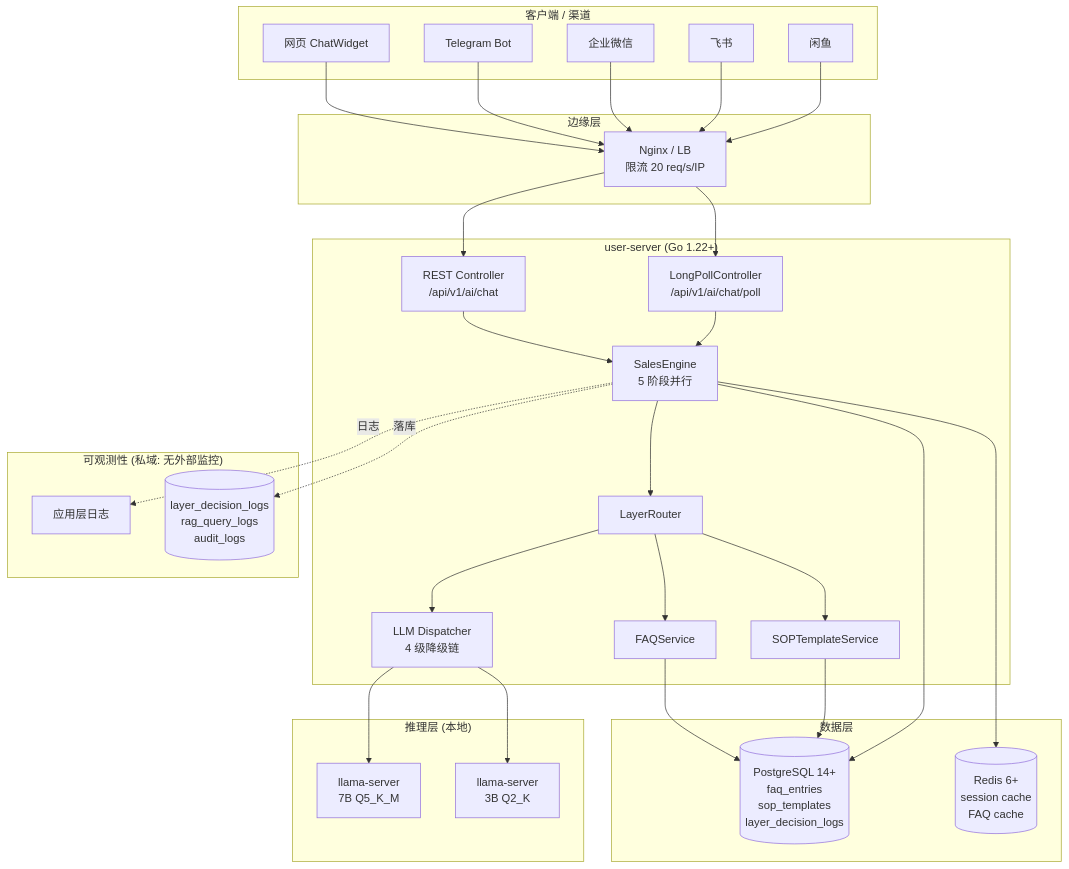
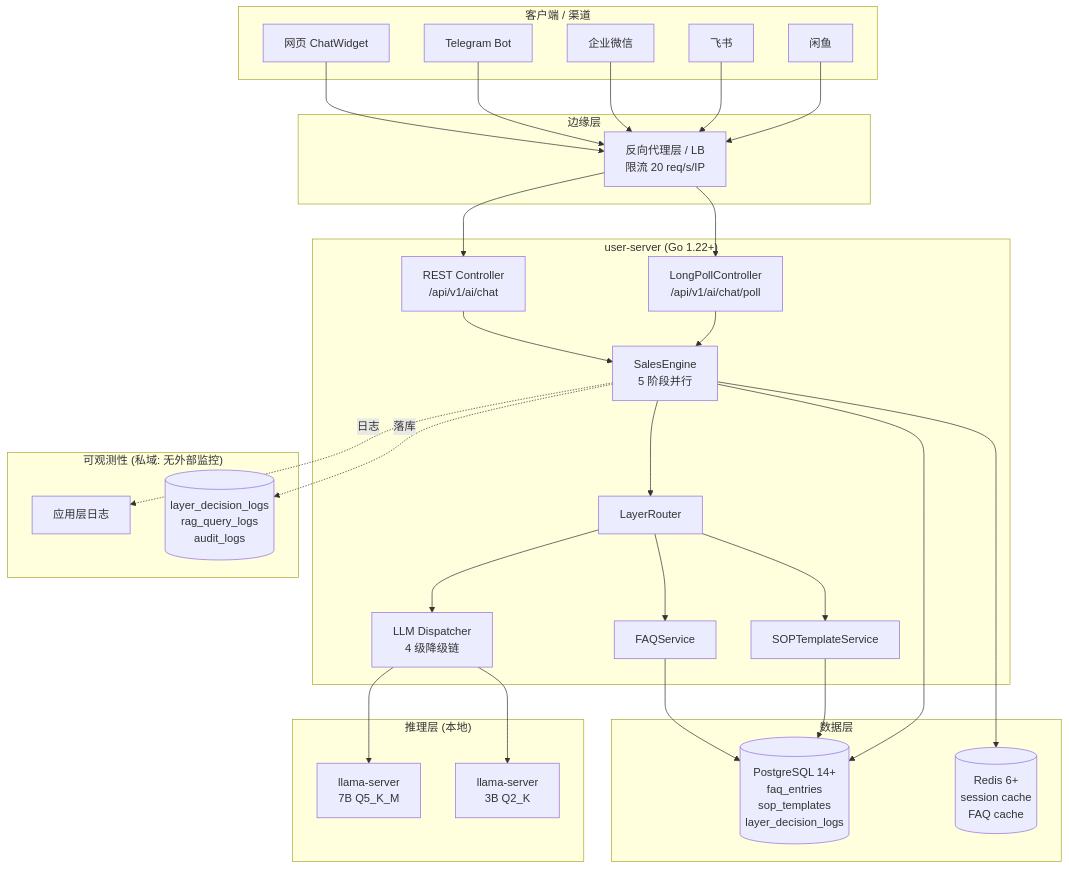
The diagram in docs/operations/AI_AGENT_PERF_DEPLOY.md (hivemtkbot/hivemtk), drawn with Mermaid before and after one commit. The commit also changed other lines of this file and 36 other files, not shown here.

````diff
--- a/docs/operations/AI_AGENT_PERF_DEPLOY.md
+++ b/docs/operations/AI_AGENT_PERF_DEPLOY.md
@@ -15,57 +15,57 @@
 ```mermaid
 graph TB
     subgraph Client["客户端 / 渠道"]
         W[网页 ChatWidget]
         TG[Telegram Bot]
         WC[企业微信]
         FS[飞书]
         XY[闲鱼]
     end
 
     subgraph Edge["边缘层"]
-        NGX[Nginx / LB<br/>限流 20 req/s/IP]
+        NGX[反向代理层 / LB<br/>限流 20 req/s/IP]
     end
 
     subgraph App["user-server (Go 1.22+)"]
         REST[REST Controller<br/>/api/v1/ai/chat]
         POLL[LongPollController<br/>/api/v1/ai/chat/poll]
         SE[SalesEngine<br/>5 阶段并行]
         LR[LayerRouter]
         FAQ[FAQService]
         SOP[SOPTemplateService]
         DISP[LLM Dispatcher<br/>4 级降级链]
     end
 
     subgraph Inference["推理层 (本地)"]
         L7B[llama-server<br/>7B Q5_K_M]
         L3B[llama-server<br/>3B Q2_K]
     end
 
     subgraph Data["数据层"]
         PG[(PostgreSQL 14+<br/>faq_entries<br/>sop_templates<br/>layer_decision_logs)]
         REDIS[(Redis 6+<br/>session cache<br/>FAQ cache)]
     end
 
     subgraph Obs["可观测性 (私域: 无外部监控)"]
         LOG[应用层日志]
         AUDIT[(layer_decision_logs<br/>rag_query_logs<br/>audit_logs)]
     end
 
     W & TG & WC & FS & XY --> NGX
     NGX --> REST
     NGX --> POLL
     REST --> SE
     POLL --> SE
     SE --> LR
     LR --> FAQ
     LR --> SOP
     LR --> DISP
     FAQ --> PG
     SOP --> PG
     SE --> PG
     SE --> REDIS
     DISP --> L7B
     DISP --> L3B
     SE -.日志.-> LOG
     SE -.落库.-> AUDIT
 ```
````
